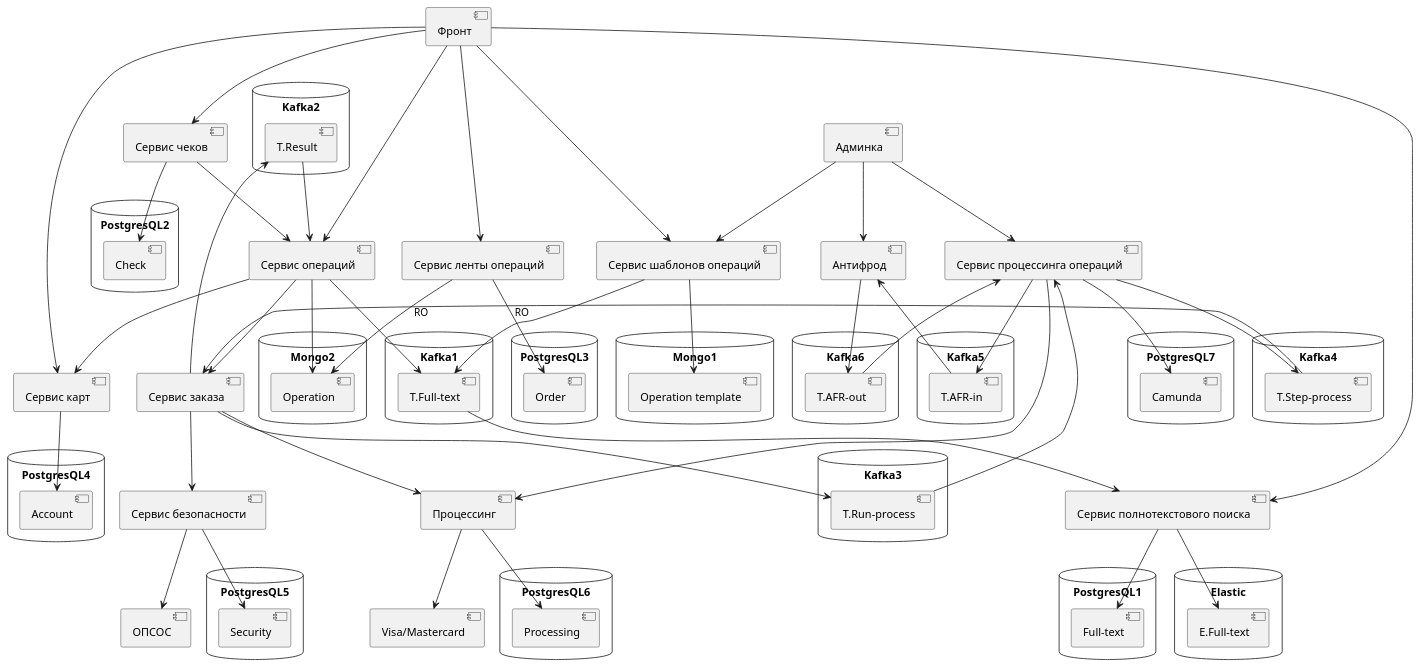
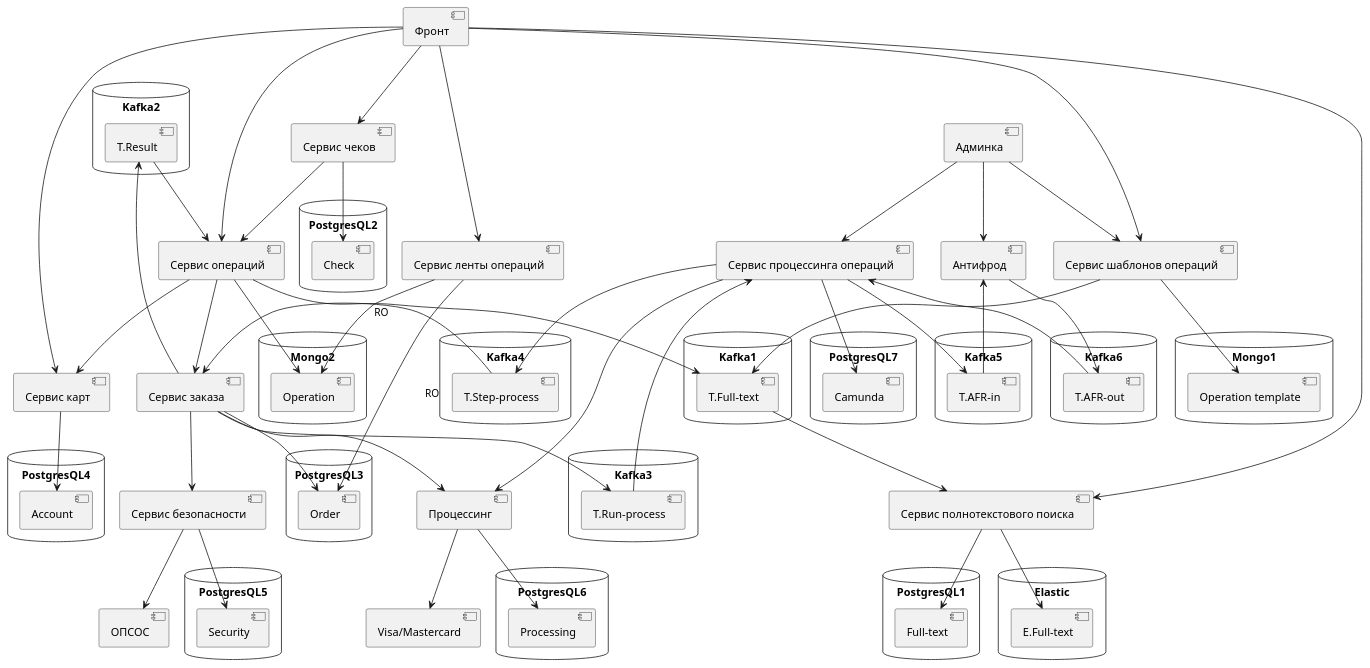
One commit to AleksandrMIM/ib_for_one_day changed the diagram in IB_in_one_day_challenge.puml. Above: the diagram before and after it, drawn with PlantUML.

```diff
--- a/IB_in_one_day_challenge.puml
+++ b/IB_in_one_day_challenge.puml
@@ -1,145 +1,146 @@
 @startuml
 
 [Фронт]
 [Админка]
 
 [Сервис операций]
 [Сервис шаблонов операций]
 
 [Сервис чеков]
 [Сервис полнотекстового поиска]
 [Сервис карт]
 [Сервис ленты операций]
 
 [Сервис заказа]
 [Антифрод]
 [Сервис процессинга операций]
 [Сервис безопасности]
 [Процессинг]
 
 database "Mongo1" {
    [Operation template]
 }
 
 database "Mongo2" {
    [Operation]
 }
 
 database "PostgresQL1" {
    [Full-text]
 }
 
 database "PostgresQL2" {
    [Check]
 }
 
 database "PostgresQL3" {
    [Order]
 }
 
 database "PostgresQL4" {
    [Account]
 }
 
 database "PostgresQL5" {
    [Security]
 }
 
 database "PostgresQL6" {
    [Processing]
 }
 
 database "PostgresQL7" {
     [Camunda]
 }
 
 database "Kafka1" {
    [T.Full-text]
 }
 
 database "Kafka2" {
    [T.Result]
 }
 
 database "Kafka3" {
    [T.Run-process]
 }
 
 database "Kafka4" {
    [T.Step-process]
 }
 
 database "Kafka5" {
    [T.AFR-in]
 }
 
 database "Kafka6" {
    [T.AFR-out]
 }
 
 database "Elastic" {
    [E.Full-text]
 }
 
 
 [Фронт] --> [Сервис шаблонов операций]
 [Фронт] --> [Сервис операций]
 [Фронт] --> [Сервис карт]
 [Фронт] --> [Сервис чеков]
 [Фронт] --> [Сервис полнотекстового поиска]
 [Фронт] --> [Сервис ленты операций]
 
 [Админка] --> [Сервис шаблонов операций]
 [Админка] --> [Сервис процессинга операций]
 [Админка] --> [Антифрод]
 
 [Сервис шаблонов операций] --> [T.Full-text]
 [Сервис шаблонов операций] --> [Operation template]
 
 [Сервис операций] --> [Operation]
 [Сервис операций] --> [T.Full-text]
 [Сервис операций] --> [Сервис заказа]
 [Сервис операций] --> [Сервис карт]
 
 [T.Full-text] --> [Сервис полнотекстового поиска]
 
 [Сервис полнотекстового поиска] --> [E.Full-text]
 [Сервис полнотекстового поиска] --> [Full-text]
 
 [Сервис чеков] --> [Сервис операций]
 [Сервис чеков] --> [Check]
 
 [Сервис ленты операций] --> [Operation] : RO
 [Сервис ленты операций] --> [Order] : RO
 
 [Сервис карт] --> [Account]
 
 [Сервис заказа] --> [Сервис безопасности]
 [Сервис заказа] --> [Процессинг]
 [Сервис заказа] --> [T.Result]
 [Сервис заказа] --> [T.Run-process]
+[Сервис заказа] --> [Order]
 
 [T.Result] --> [Сервис операций]
 
 [T.Run-process] --> [Сервис процессинга операций]
 
 [T.Step-process] --> [Сервис заказа]
 
 [Сервис безопасности] --> [Security]
 [Сервис безопасности] --> [ОПСОС]
 
 [Процессинг] --> [Processing]
 [Процессинг] --> [Visa/Mastercard]
 
 [T.AFR-in] --> [Антифрод]
 
 [Антифрод] --> [T.AFR-out]
 
 [T.AFR-out] --> [Сервис процессинга операций]
 
 [Сервис процессинга операций] --> [Процессинг]
 [Сервис процессинга операций] --> [T.AFR-in]
 [Сервис процессинга операций] --> [T.Step-process]
 [Сервис процессинга операций] --> [Camunda]
 
 @enduml
```
